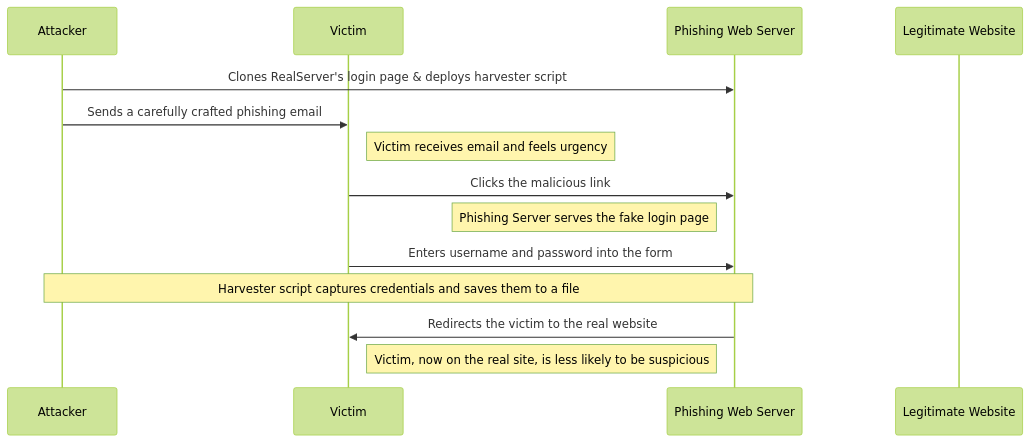
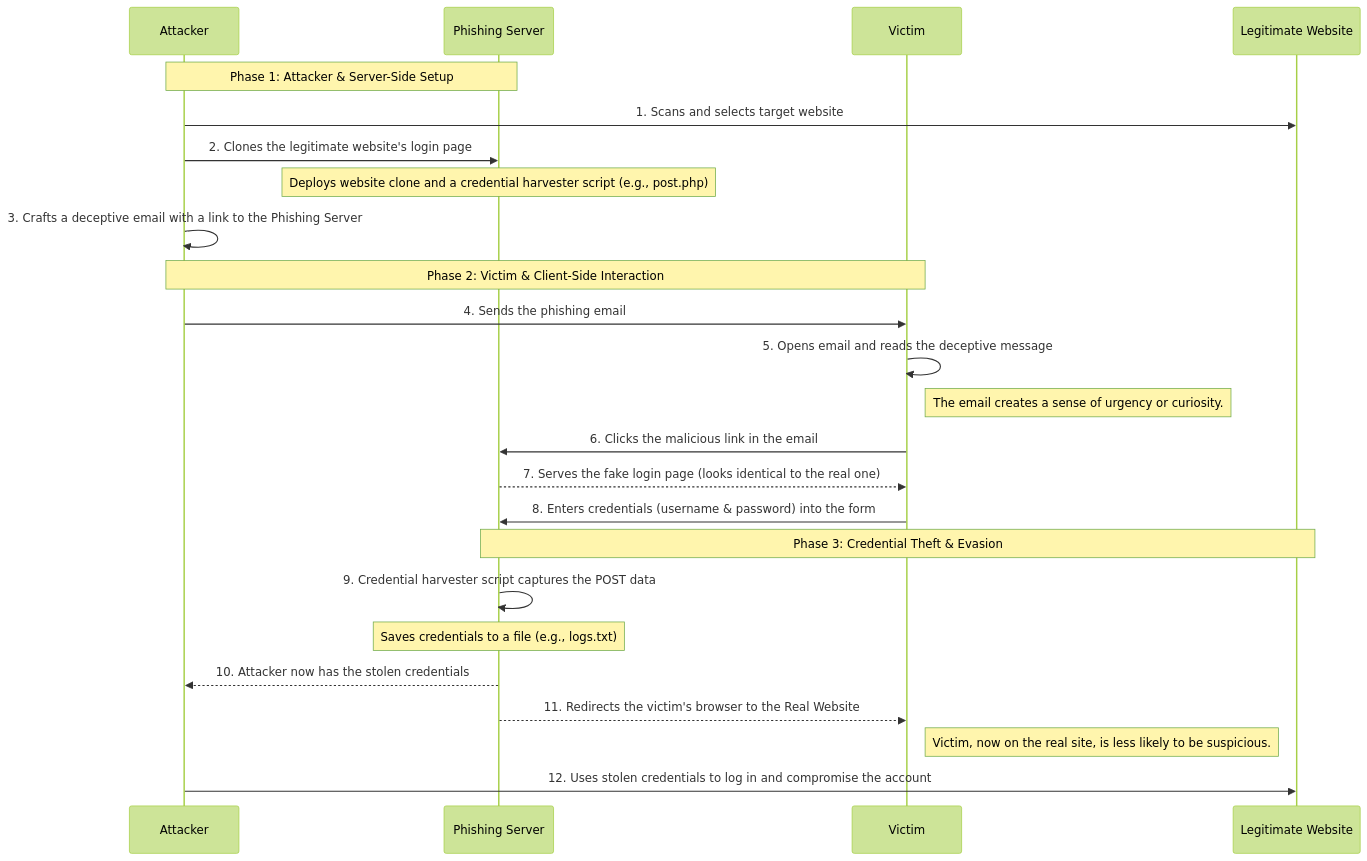
One commit to yashp386/ethical-hacking changed the diagram in README.md. Above: the diagram before and after it, drawn with Mermaid (forest theme). The commit also changed other lines of this file, not shown here.

````diff
--- a/README.md
+++ b/README.md
@@ -67,17 +45,29 @@
 ```mermaid
 sequenceDiagram
     participant Attacker
+    participant PhishingServer as Phishing Server
     participant Victim
-    participant PhishingServer as Phishing Web Server
-    participant RealServer as Legitimate Website
+    participant RealWebsite as Legitimate Website
 
-    Attacker->>PhishingServer: Clones RealServer's login page & deploys harvester script
-    Attacker->>Victim: Sends a carefully crafted phishing email
-    note right of Victim: Victim receives email and feels urgency
-    Victim->>PhishingServer: Clicks the malicious link
-    note left of PhishingServer: Phishing Server serves the fake login page
-    Victim->>PhishingServer: Enters username and password into the form
-    note over PhishingServer, Attacker: Harvester script captures credentials and saves them to a file
-    PhishingServer->>Victim: Redirects the victim to the real website
-    note right of Victim: Victim, now on the real site, is less likely to be suspicious
+    Note over Attacker,PhishingServer: Phase 1: Attacker & Server-Side Setup
+    Attacker->>RealWebsite: 1. Scans and selects target website
+    Attacker->>PhishingServer: 2. Clones the legitimate website's login page
+    note over PhishingServer: Deploys website clone and a credential harvester script (e.g., post.php)
+    Attacker->>Attacker: 3. Crafts a deceptive email with a link to the Phishing Server
+
+    Note over Attacker,Victim: Phase 2: Victim & Client-Side Interaction
+    Attacker->>Victim: 4. Sends the phishing email
+    Victim->>Victim: 5. Opens email and reads the deceptive message
+    note right of Victim: The email creates a sense of urgency or curiosity.
+    Victim->>PhishingServer: 6. Clicks the malicious link in the email
+    PhishingServer-->>Victim: 7. Serves the fake login page (looks identical to the real one)
+    Victim->>PhishingServer: 8. Enters credentials (username & password) into the form
+
+    Note over PhishingServer,RealWebsite: Phase 3: Credential Theft & Evasion
+    PhishingServer->>PhishingServer: 9. Credential harvester script captures the POST data
+    note over PhishingServer: Saves credentials to a file (e.g., logs.txt)
+    PhishingServer-->>Attacker: 10. Attacker now has the stolen credentials
+    PhishingServer-->>Victim: 11. Redirects the victim's browser to the Real Website
+    note right of Victim: Victim, now on the real site, is less likely to be suspicious.
+    Attacker->>RealWebsite: 12. Uses stolen credentials to log in and compromise the account
 ```
````
